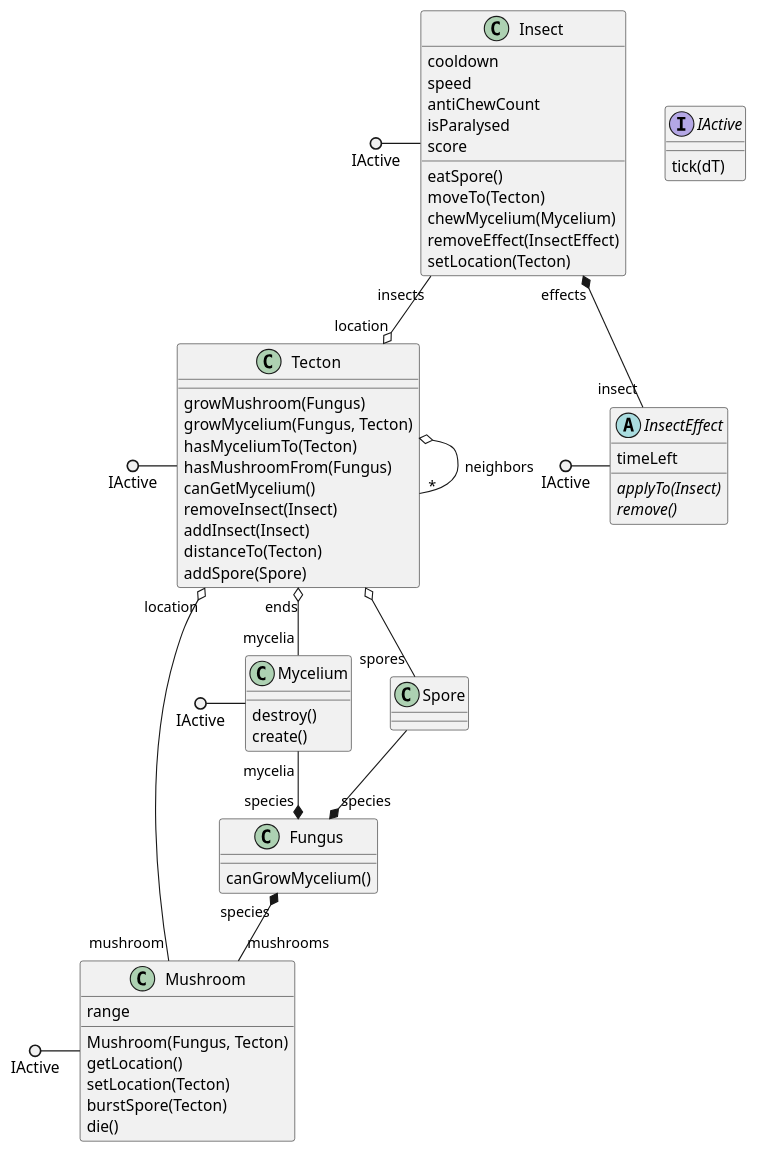
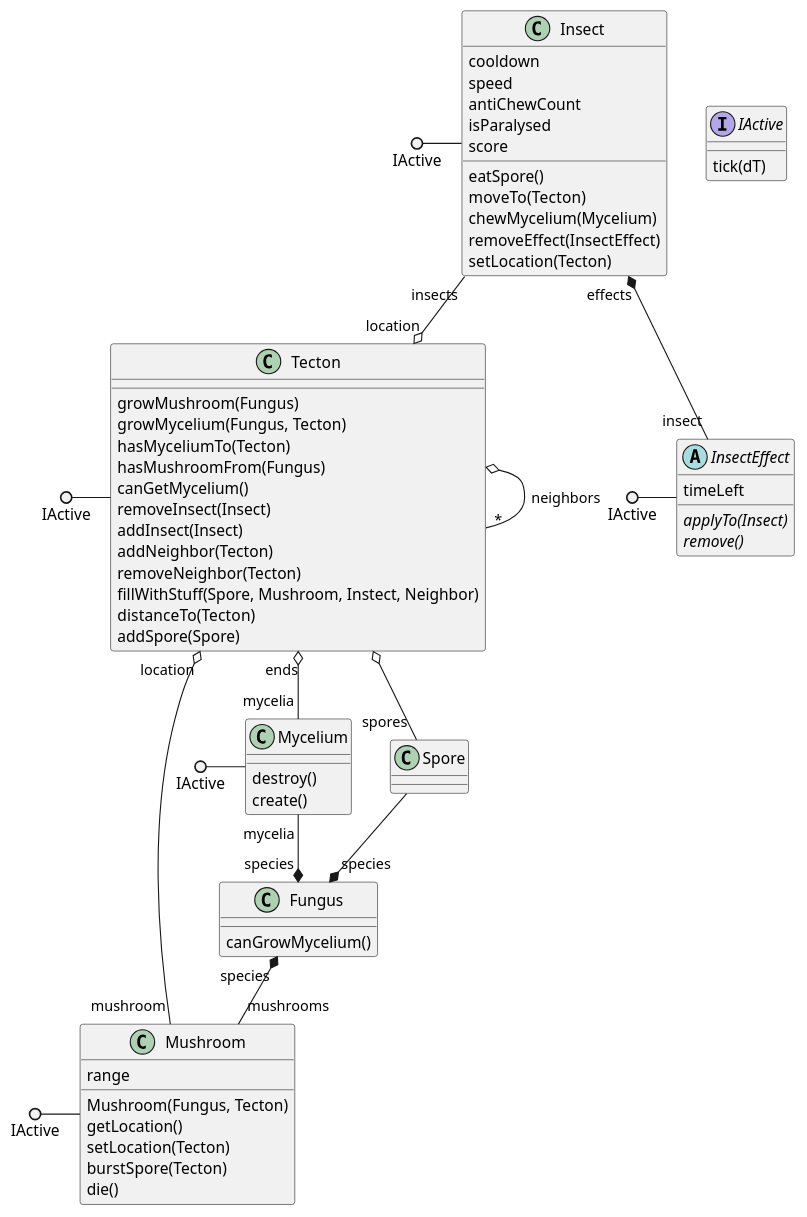
Before and after one commit to ZD4ve/projlab-error521: the diagram in classes.pu, drawn with PlantUML. The commit also changed 3 other files, not shown here.

Commit message:
sync with class diagram

```diff
--- a/classes.pu
+++ b/classes.pu
@@ -1,73 +1,77 @@
 @startuml classes
 interface IActive {
     tick(dT)
 }
+'Addneighbor, remove, fill belement többet hogy jelölünk
 class Tecton {
     growMushroom(Fungus)
     growMycelium(Fungus, Tecton)
     hasMyceliumTo(Tecton)
     hasMushroomFrom(Fungus)
     canGetMycelium()
     removeInsect(Insect)
     addInsect(Insect)
+    addNeighbor(Tecton)
+    removeNeighbor(Tecton)
+    fillWithStuff(Spore, Mushroom, Instect, Neighbor)
     distanceTo(Tecton)
     addSpore(Spore)
 }
 class Fungus {
     canGrowMycelium()
 }
 class Mycelium {
     destroy()
     create()
 }
 class Mushroom {
     range
     Mushroom(Fungus, Tecton)
     getLocation()
     setLocation(Tecton)
     burstSpore(Tecton)
     die()
 }
 class Spore
 
 'Panni: ide nem írom ki a getter-settereket, elegek szntem az attribútumok
 ' +ha van removeEffect() akkor applyEffect() nincs? vagy azt a setIsParalysed() és a hasonlóak helyettesítik?
 class Insect {
     cooldown
     speed
     antiChewCount
     isParalysed
     score
     eatSpore()
     moveTo(Tecton)
     chewMycelium(Mycelium)
     removeEffect(InsectEffect)
     setLocation(Tecton)
 }
 abstract InsectEffect {
     timeLeft
     {abstract} applyTo(Insect)
     {abstract} remove()
 }
 
 IActive ()- Tecton
 IActive ()- Mushroom
 IActive ()- Mycelium
 IActive ()- Insect
 IActive ()- InsectEffect
 
 Tecton o-- "*" Tecton : neighbors
 Tecton "ends" o-- "mycelia" Mycelium
 Tecton o-- "spores" Spore
 Tecton "location" o-- "mushroom" Mushroom
 
 Mycelium "mycelia" --* "species" Fungus
 
 Insect "effects" *-- "insect" InsectEffect
 Insect "insects" --o "location" Tecton
 
 Fungus "species" *-- "mushrooms" Mushroom
 
 Spore --* "species" Fungus
 
 @enduml
```
